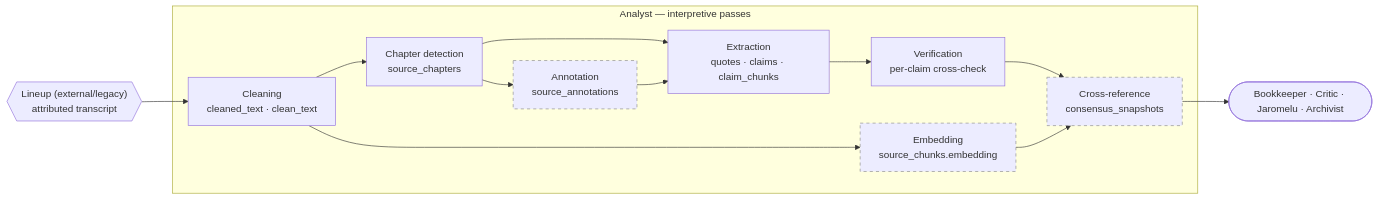
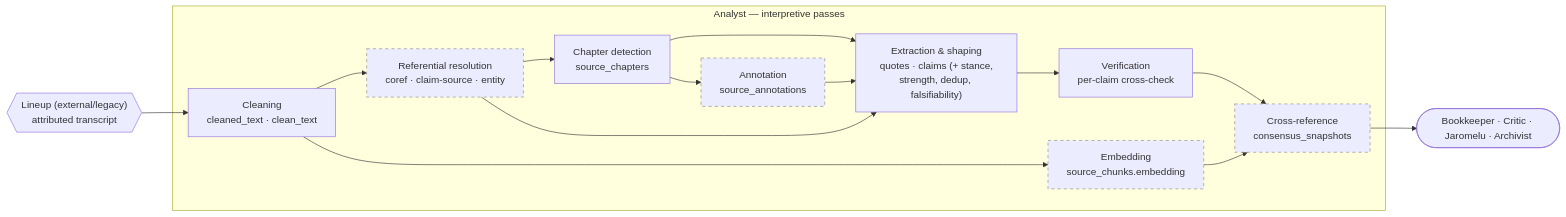
The diagram in docs/agents/crew/analyst/architecture.md (kristopherlopez/Jeromelu), drawn with Mermaid before and after one commit. The commit also changed other lines of this file and 3 other files, not shown here.

````diff
--- a/docs/agents/crew/analyst/architecture.md
+++ b/docs/agents/crew/analyst/architecture.md
@@ -79,30 +81,33 @@
 ```mermaid
 flowchart LR
     Lineup{{"Lineup (external/legacy)<br/>attributed transcript"}}
 
     subgraph Analyst["Analyst — interpretive passes"]
       Clean["Cleaning<br/>cleaned_text · clean_text"]
+      Resolve["Referential resolution<br/>coref · claim-source · entity"]
       Chapter["Chapter detection<br/>source_chapters"]
       Annotate["Annotation<br/>source_annotations"]
       Embed["Embedding<br/>source_chunks.embedding"]
-      Extract["Extraction<br/>quotes · claims · claim_chunks"]
+      Extract["Extraction & shaping<br/>quotes · claims (+ stance,<br/>strength, dedup, falsifiability)"]
       Verify["Verification<br/>per-claim cross-check"]
       Consensus["Cross-reference<br/>consensus_snapshots"]
     end
 
     Down(["Bookkeeper · Critic · Jaromelu · Archivist"])
 
     Lineup --> Clean
-    Clean --> Chapter
+    Clean --> Resolve
+    Resolve --> Chapter
     Chapter --> Annotate
     Chapter --> Extract
     Annotate --> Extract
+    Resolve --> Extract
     Clean --> Embed
     Extract --> Verify
     Verify --> Consensus
     Embed --> Consensus
     Consensus --> Down
 
     classDef notbuilt stroke-dasharray: 5 5,stroke:#888
-    class Annotate,Embed,Consensus notbuilt
+    class Resolve,Annotate,Embed,Consensus notbuilt
 ```
````
